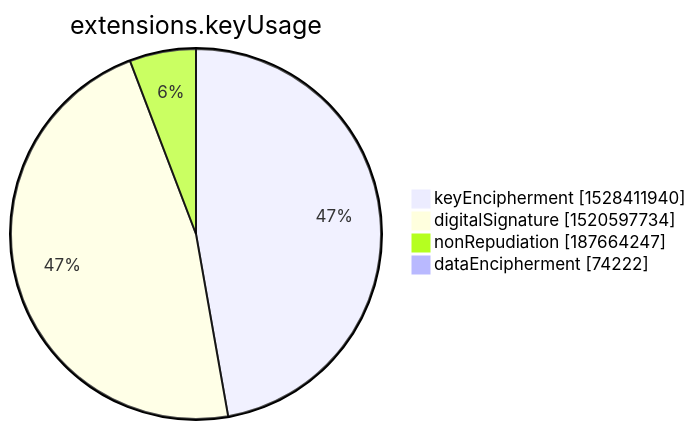
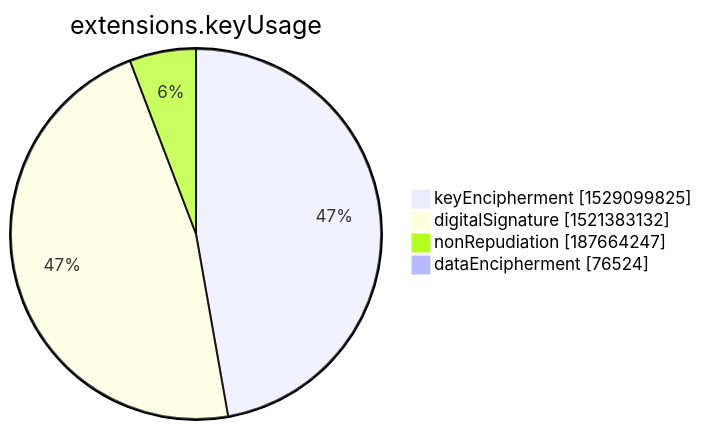
Before and after one commit to christiankrug/ctmonitor_visualization: the seventh of 15 diagrams in xenon2022/README.md, drawn with Mermaid. The commit also changed other lines of this file, not shown here.

````diff
--- a/xenon2022/README.md
+++ b/xenon2022/README.md
@@ -2849,8 +2849,8 @@
 ```mermaid
 pie showData
 title extensions.keyUsage
-"keyEncipherment" :1528411940
-"digitalSignature" :1520597734
+"keyEncipherment" :1529099825
+"digitalSignature" :1521383132
 "nonRepudiation" :187664247
-"dataEncipherment" :74222
+"dataEncipherment" :76524
 ```
````
